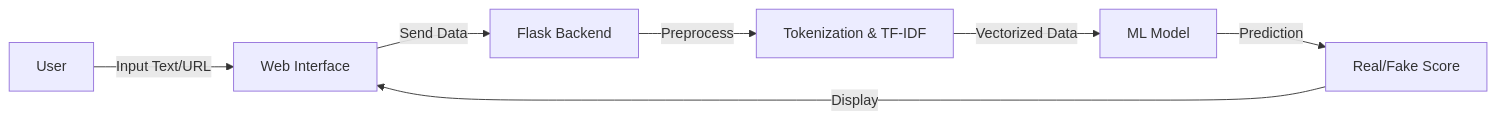
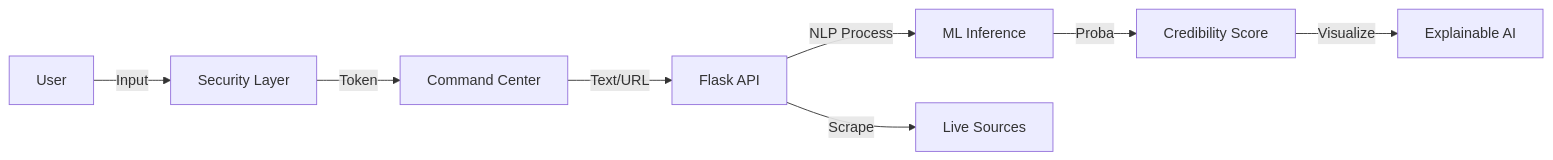
Before and after one commit to Rajankit27/FakeNewsDetection: the diagram in SYNOPSIS.md, drawn with Mermaid. The commit also changed other lines of this file, not shown here.

````diff
--- a/SYNOPSIS.md
+++ b/SYNOPSIS.md
@@ -14,9 +15,10 @@
 ```mermaid
 graph LR
-    User[User] -->|Input Text/URL| UI[Web Interface]
-    UI -->|Send Data| Server[Flask Backend]
-    Server -->|Preprocess| NLP[Tokenization & TF-IDF]
-    NLP -->|Vectorized Data| Model[ML Model]
-    Model -->|Prediction| Result[Real/Fake Score]
-    Result -->|Display| UI
+    User[User] -->|Input| Auth[Security Layer]
+    Auth -->|Token| Dashboard[Command Center]
+    Dashboard -->|Text/URL| Backend[Flask API]
+    Backend -->|NLP Process| Model[ML Inference]
+    Backend -->|Scrape| Web[Live Sources]
+    Model -->|Proba | Result[Credibility Score]
+    Result -->|Visualize| XAI[Explainable AI]
 ```
````
